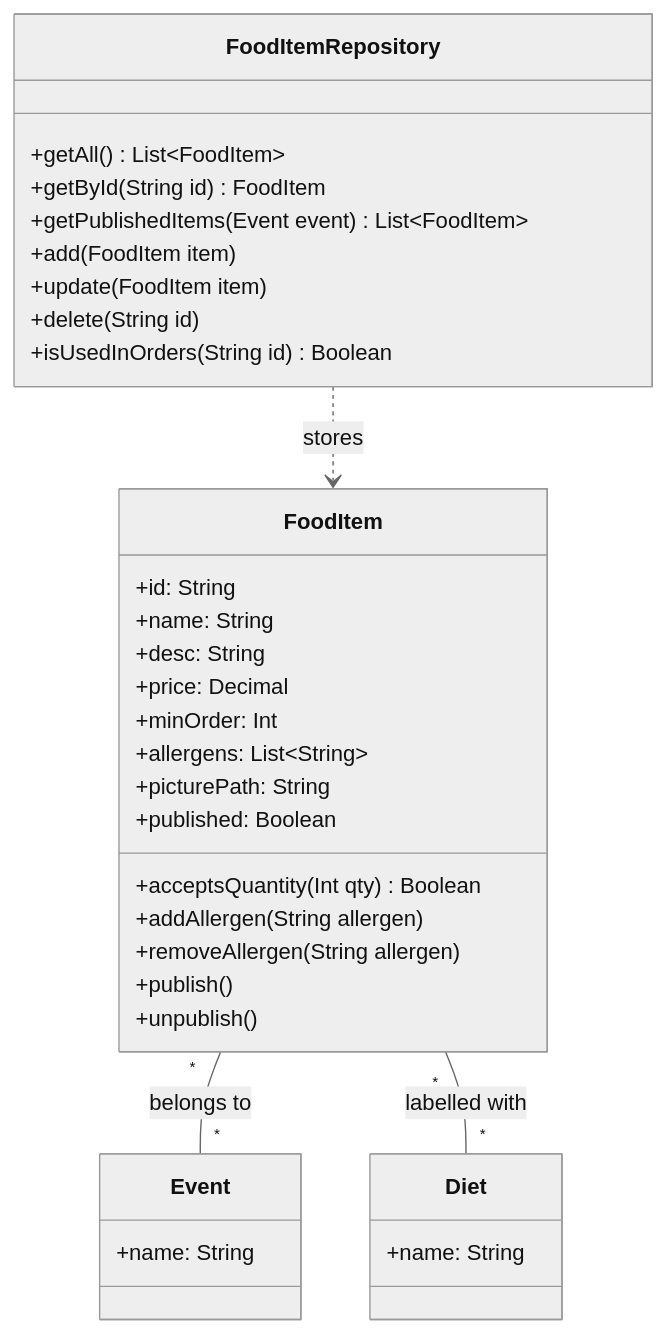
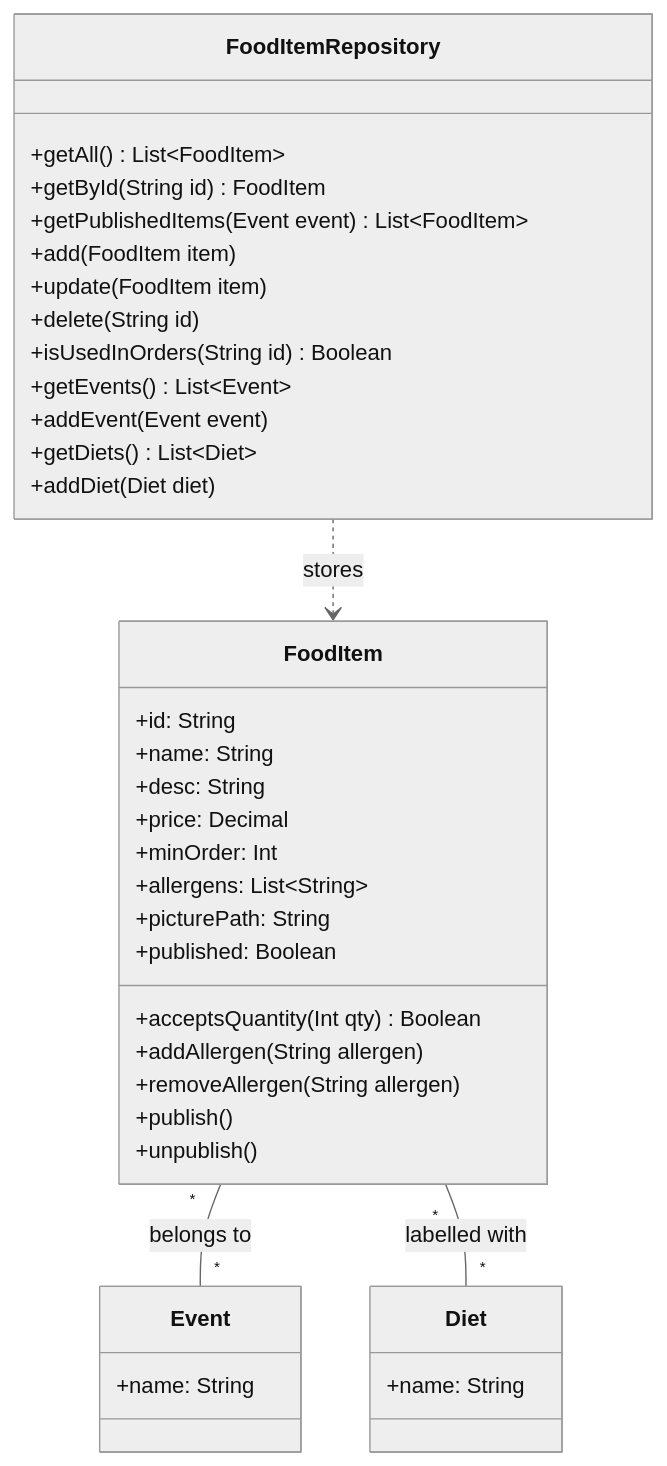
One commit to vikri8772/assignment4 changed the diagram in docs/plans/domain-food-class.md. Above: the diagram before and after it, drawn with Mermaid (neutral theme). The commit also changed 2 other files, not shown here.

Commit message:
Add FoodItemRepository with tests

````diff
--- a/docs/plans/domain-food-class.md
+++ b/docs/plans/domain-food-class.md
@@ -5,41 +5,45 @@
 ```mermaid
    classDiagram
     class FoodItem {
         +id: String
         +name: String
         +desc: String
         +price: Decimal
         +minOrder: Int
         +allergens: List~String~
         +picturePath: String
         +published: Boolean
         +acceptsQuantity(Int qty) Boolean
         +addAllergen(String allergen)
         +removeAllergen(String allergen)
         +publish()
         +unpublish()
     }
 
     class Event {
         +name: String
     }
 
     class Diet {
         +name: String
     }
 
     class FoodItemRepository {
         +getAll() List~FoodItem~
         +getById(String id) FoodItem
         +getPublishedItems(Event event) List~FoodItem~
         +add(FoodItem item)
         +update(FoodItem item)
         +delete(String id)
         +isUsedInOrders(String id) Boolean
+        +getEvents() List~Event~
+        +addEvent(Event event)
+        +getDiets() List~Diet~
+        +addDiet(Diet diet)
     }
 
     FoodItem "*" -- "*" Event : belongs to
     FoodItem "*" -- "*" Diet : labelled with
     FoodItemRepository ..> FoodItem : stores
 
 ```
````
